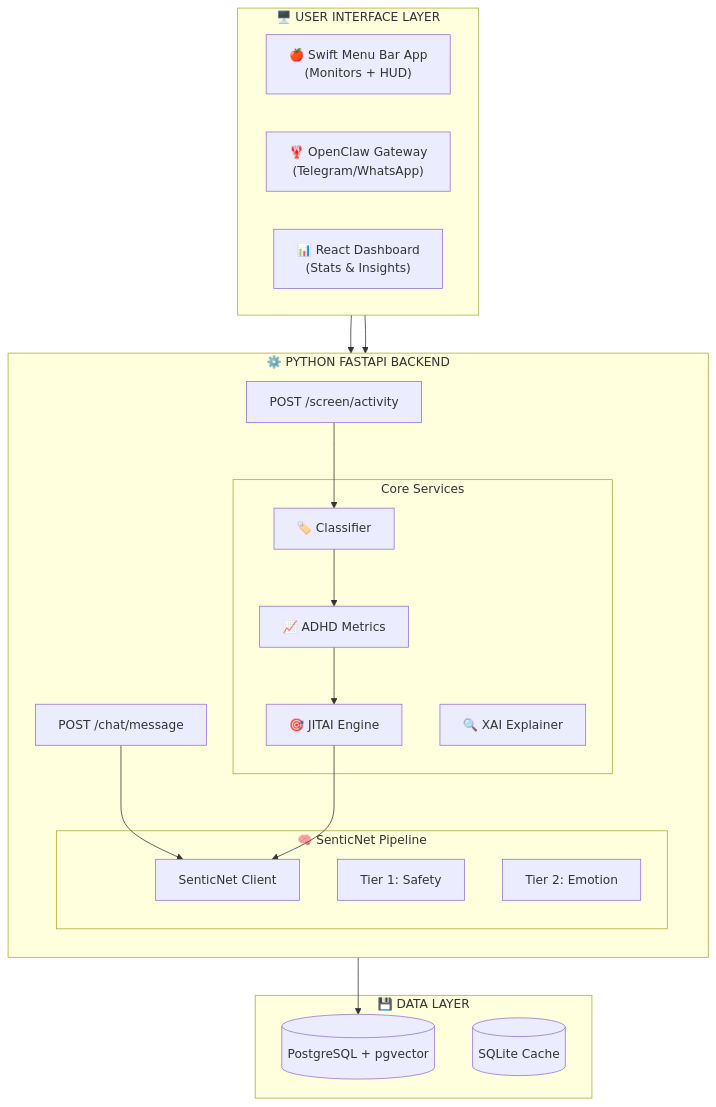
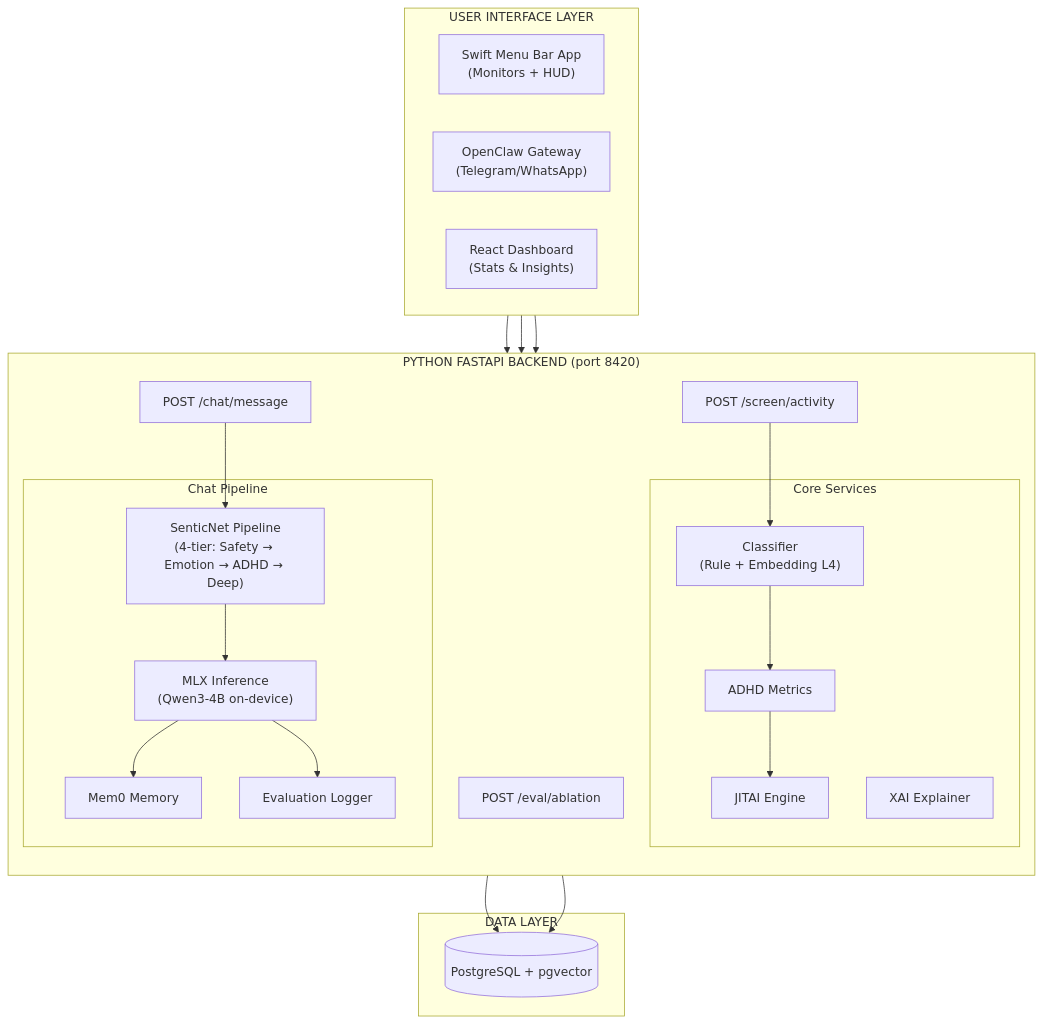
The diagram in README.md (avdheshcharjan/adhd-sentic-fyp), drawn with Mermaid before and after one commit. The commit also changed other lines of this file and 5405 other files, not shown here.

````diff
--- a/README.md
+++ b/README.md
@@ -29,41 +31,44 @@
 ```mermaid
 graph TB
-    subgraph UserLayer["🖥️ USER INTERFACE LAYER"]
+    subgraph UserLayer["USER INTERFACE LAYER"]
         direction LR
-        SwiftApp["🍎 Swift Menu Bar App<br/>(Monitors + HUD)"]
-        OpenClaw["🦞 OpenClaw Gateway<br/>(Telegram/WhatsApp)"]
-        Dashboard["📊 React Dashboard<br/>(Stats & Insights)"]
+        SwiftApp["Swift Menu Bar App<br/>(Monitors + HUD)"]
+        OpenClaw["OpenClaw Gateway<br/>(Telegram/WhatsApp)"]
+        Dashboard["React Dashboard<br/>(Stats & Insights)"]
     end
 
-    subgraph BackendLayer["⚙️ PYTHON FASTAPI BACKEND"]
+    subgraph BackendLayer["PYTHON FASTAPI BACKEND (port 8420)"]
         direction TB
         ScreenAPI["POST /screen/activity"]
         ChatAPI["POST /chat/message"]
-        
+        EvalAPI["POST /eval/ablation"]
+
         subgraph CoreServices["Core Services"]
-            ActivityClassifier["🏷️ Classifier"]
-            MetricsEngine["📈 ADHD Metrics"]
-            JITAIEngine["🎯 JITAI Engine"]
-            XAIExplainer["🔍 XAI Explainer"]
+            ActivityClassifier["Classifier<br/>(Rule + Embedding L4)"]
+            MetricsEngine["ADHD Metrics"]
+            JITAIEngine["JITAI Engine"]
+            XAIExplainer["XAI Explainer"]
         end
 
-        subgraph SenticPipeline["🧠 SenticNet Pipeline"]
-            SenticClient["SenticNet Client"]
-            SafetyTier["Tier 1: Safety"]
-            EmotionTier["Tier 2: Emotion"]
+        subgraph ChatPipeline["Chat Pipeline"]
+            SenticPipeline["SenticNet Pipeline<br/>(4-tier: Safety → Emotion → ADHD → Deep)"]
+            MLXInference["MLX Inference<br/>(Qwen3-4B on-device)"]
+            MemoryService["Mem0 Memory"]
+            EvalLogger["Evaluation Logger"]
         end
     end
 
-    subgraph DataLayer["💾 DATA LAYER"]
+    subgraph DataLayer["DATA LAYER"]
         PostgreSQL[("PostgreSQL + pgvector")]
-        SQLite[("SQLite Cache")]
     end
 
     SwiftApp --> ScreenAPI
     OpenClaw --> ChatAPI
+    Dashboard --> ChatAPI
     ScreenAPI --> ActivityClassifier
     ActivityClassifier --> MetricsEngine --> JITAIEngine
-    ChatAPI --> SenticClient
-    JITAIEngine --> SenticClient
+    ChatAPI --> SenticPipeline --> MLXInference --> MemoryService
+    MLXInference --> EvalLogger
     CoreServices --> PostgreSQL
+    ChatPipeline --> PostgreSQL
 ```
````
